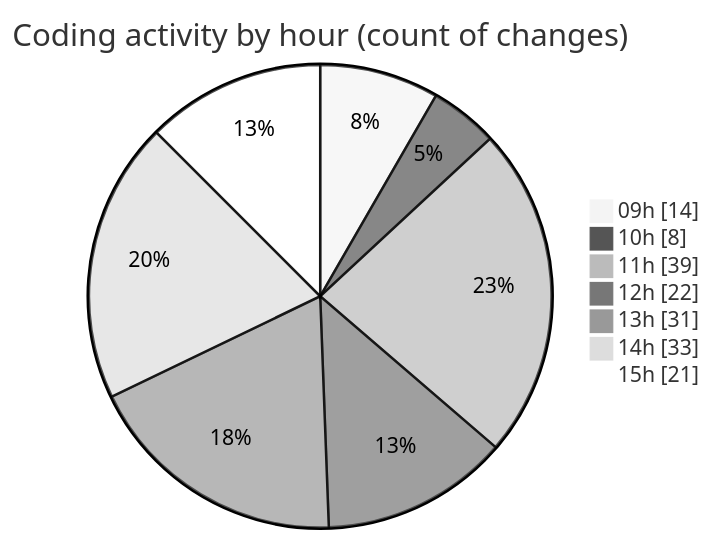
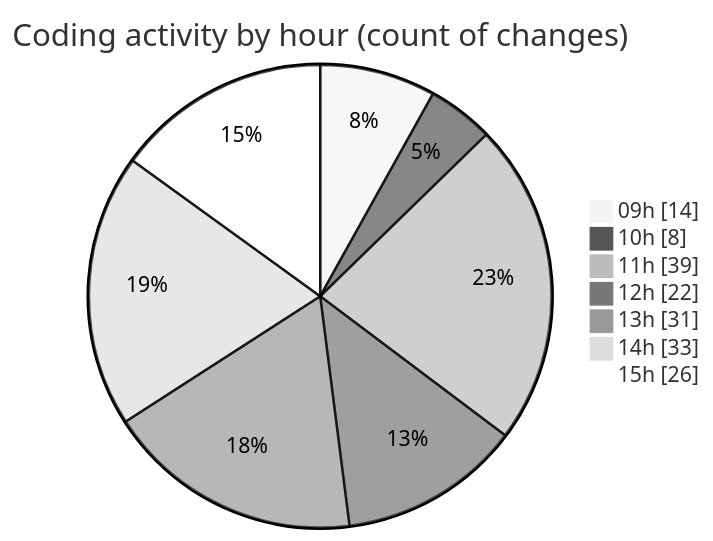
The second of 2 diagrams in 2025-02-07/cda/README.md (momahboobian/code-tracking), drawn with Mermaid (neutral theme) before and after one commit. The commit also changed other lines of this file and 1 other file, not shown here.

````diff
--- a/2025-02-07/cda/README.md
+++ b/2025-02-07/cda/README.md
@@ -66,11 +66,11 @@
 ```mermaid
 pie showData
 title Coding activity by hour (count of changes)
 "09h" : 14
 "10h" : 8
 "11h" : 39
 "12h" : 22
 "13h" : 31
 "14h" : 33
-"15h" : 21
+"15h" : 26
 ```
````
